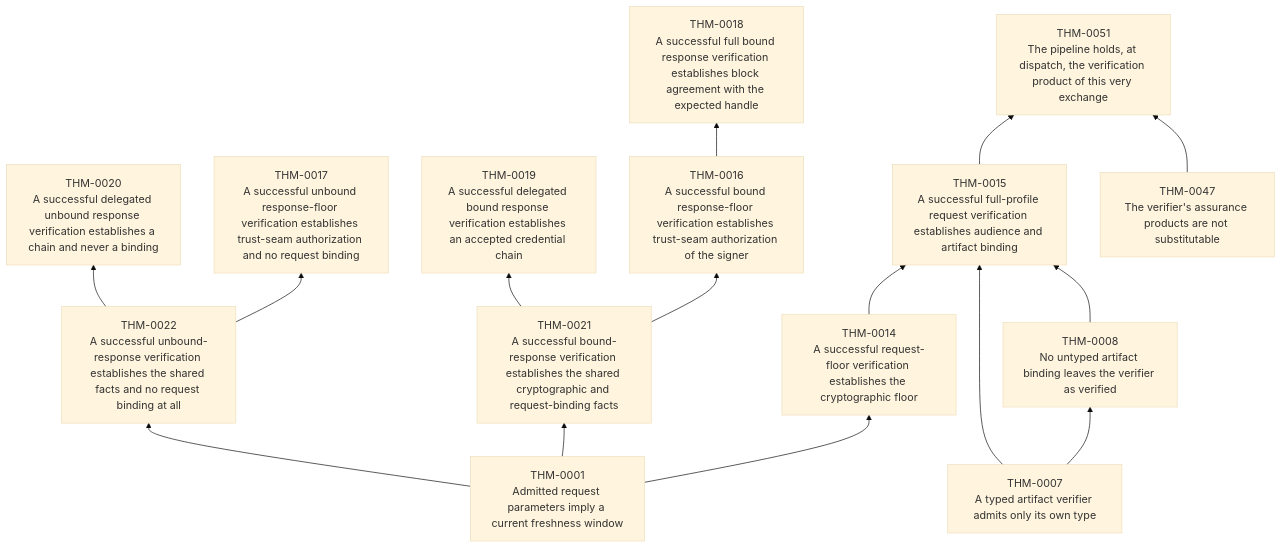
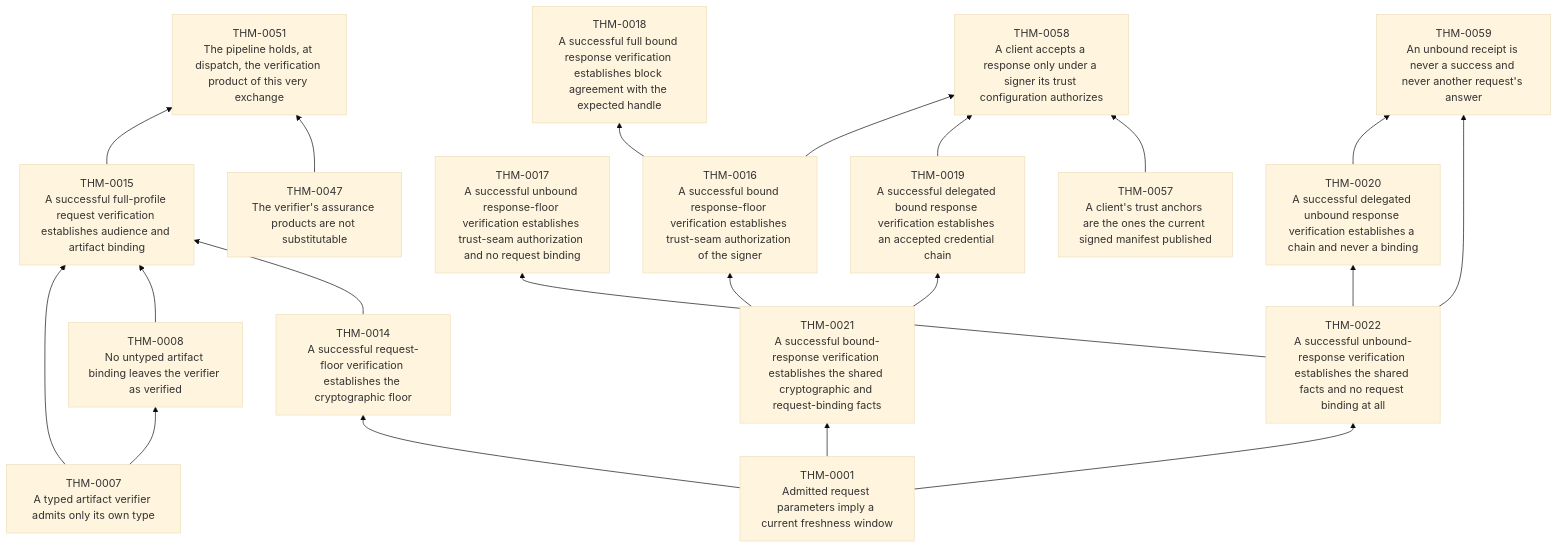
Before and after one commit to matssun/mcp-re: the first of 23 diagrams in verification/generated/theorem-dependencies.md, drawn with Mermaid (base theme). The commit also changed other lines of this file and 7 other files, not shown here.

````diff
--- a/verification/generated/theorem-dependencies.md
+++ b/verification/generated/theorem-dependencies.md
@@ -20,31 +20,39 @@
 ```mermaid
 graph BT
     THM_0001["THM-0001<br/>Admitted request parameters imply a current freshness window"]
     THM_0007["THM-0007<br/>A typed artifact verifier admits only its own type"]
     THM_0008["THM-0008<br/>No untyped artifact binding leaves the verifier as verified"]
     THM_0014["THM-0014<br/>A successful request-floor verification establishes the cryptographic floor"]
     THM_0015["THM-0015<br/>A successful full-profile request verification establishes audience and artifact binding"]
     THM_0016["THM-0016<br/>A successful bound response-floor verification establishes trust-seam authorization of the signer"]
     THM_0017["THM-0017<br/>A successful unbound response-floor verification establishes trust-seam authorization and no request binding"]
     THM_0018["THM-0018<br/>A successful full bound response verification establishes block agreement with the expected handle"]
     THM_0019["THM-0019<br/>A successful delegated bound response verification establishes an accepted credential chain"]
     THM_0020["THM-0020<br/>A successful delegated unbound response verification establishes a chain and never a binding"]
     THM_0021["THM-0021<br/>A successful bound-response verification establishes the shared cryptographic and request-binding facts"]
     THM_0022["THM-0022<br/>A successful unbound-response verification establishes the shared facts and no request binding at all"]
     THM_0047["THM-0047<br/>The verifier's assurance products are not substitutable"]
     THM_0051["THM-0051<br/>The pipeline holds, at dispatch, the verification product of this very exchange"]
+    THM_0057["THM-0057<br/>A client's trust anchors are the ones the current signed manifest published"]
+    THM_0058["THM-0058<br/>A client accepts a response only under a signer its trust configuration authorizes"]
+    THM_0059["THM-0059<br/>An unbound receipt is never a success and never another request's answer"]
     THM_0007 --> THM_0008
     THM_0001 --> THM_0014
     THM_0007 --> THM_0015
     THM_0008 --> THM_0015
     THM_0014 --> THM_0015
     THM_0021 --> THM_0016
     THM_0022 --> THM_0017
     THM_0016 --> THM_0018
     THM_0021 --> THM_0019
     THM_0022 --> THM_0020
     THM_0001 --> THM_0021
     THM_0001 --> THM_0022
     THM_0015 --> THM_0051
     THM_0047 --> THM_0051
+    THM_0016 --> THM_0058
+    THM_0019 --> THM_0058
+    THM_0057 --> THM_0058
+    THM_0020 --> THM_0059
+    THM_0022 --> THM_0059
 ```
````
